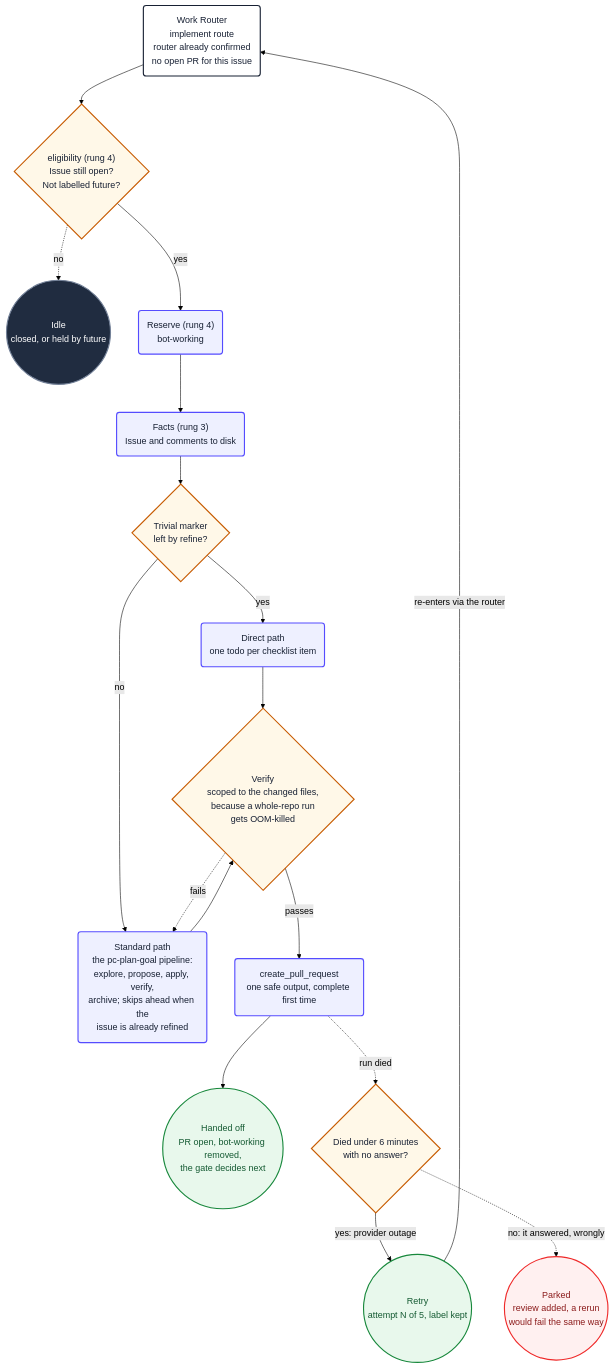
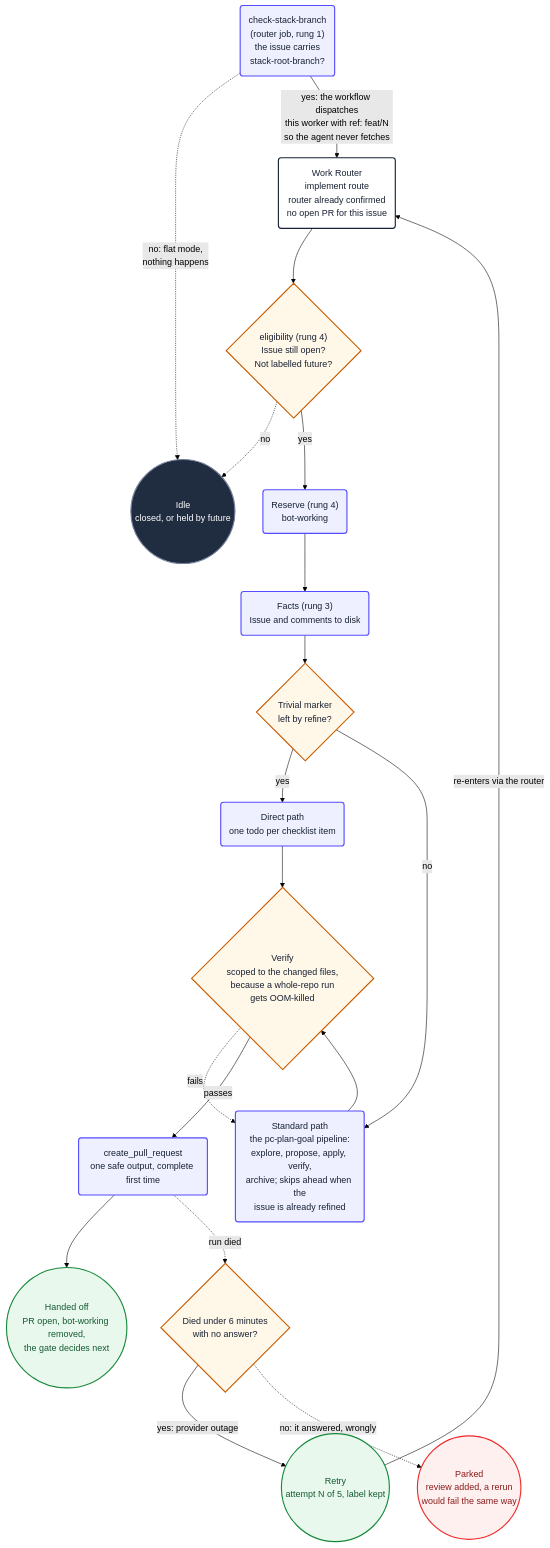
The sixth of 13 diagrams in docs/diagrams.md (PlainConceptsPlatform/agentic-workflows), drawn with Mermaid (forest theme) before and after one commit. The commit also changed other lines of this file and 16 other files, not shown here.

````diff
--- a/docs/diagrams.md
+++ b/docs/diagrams.md
@@ -216,39 +255,42 @@
 ```mermaid
 flowchart TD
     implStart("Work Router<br/>implement route<br/>router already confirmed<br/>no open PR for this issue") --> implEligible
     implEligible{"eligibility (rung 4)<br/>Issue still open?<br/>Not labelled future?"}
     implEligible -.->|no| implIdle
     implEligible -->|yes| implReserve
     implReserve("Reserve (rung 4)<br/>bot-working") --> implFacts
     implFacts("Facts (rung 3)<br/>Issue and comments to disk") --> implCheck
     implCheck{"Trivial marker<br/>left by refine?"}
     implCheck -->|yes| implTodos
     implCheck -->|no| implCode
     implTodos("Direct path<br/>one todo per checklist item") --> implVerify
     implCode("Standard path<br/>the pc-plan-goal pipeline:<br/>explore, propose, apply, verify,<br/>archive; skips ahead when the<br/>issue is already refined") --> implVerify
     implVerify{"Verify<br/>scoped to the changed files,<br/>because a whole-repo run<br/>gets OOM-killed"}
     implVerify -.->|fails| implCode
     implVerify -->|passes| implPr
     implPr("create_pull_request<br/>one safe output, complete first time") --> implHandoff
     implPr -.->|"run died"| implRetry
     implRetry{"Died under 6 minutes<br/>with no answer?"}
     implRetry -->|"yes: provider outage"| implAgain(("Retry<br/>attempt N of 5, label kept"))
     implRetry -.->|"no: it answered, wrongly"| implFail
     implAgain -->|"re-enters via the router"| implStart
     implHandoff(("Handed off<br/>PR open, bot-working removed,<br/>the gate decides next"))
     implIdle(("Idle<br/>closed, or held by future"))
     implFail(("Parked<br/>review added, a rerun<br/>would fail the same way"))
 
+    implStackStart("check-stack-branch<br/>(router job, rung 1)<br/>the issue carries<br/>stack-root-branch?") -.->|"no: flat mode,<br/>nothing happens"| implIdle
+    implStackStart -->|"yes: the workflow dispatches<br/>this worker with ref: feat/N<br/>so the agent never fetches"| implStart
+
     classDef start fill:#ffffff,stroke:#172033,stroke-width:2px,color:#172033
     classDef action fill:#eef0ff,stroke:#554cff,stroke-width:2px,color:#172033
     classDef decision fill:#fff8e8,stroke:#c75b00,stroke-width:2px,color:#172033
     classDef idle fill:#202c40,stroke:#738198,stroke-width:2px,color:#ffffff
     classDef failure fill:#fff0f0,stroke:#ef2929,stroke-width:2px,color:#8b1a1a
     classDef success fill:#e8f8ec,stroke:#18883c,stroke-width:2px,color:#145a32
     class implStart start
-    class implReserve,implFacts,implTodos,implCode,implPr action
+    class implReserve,implFacts,implTodos,implCode,implPr,implStackStart action
     class implEligible,implCheck,implVerify,implRetry decision
     class implIdle idle
     class implFail failure
     class implHandoff,implAgain success
 ```
````
